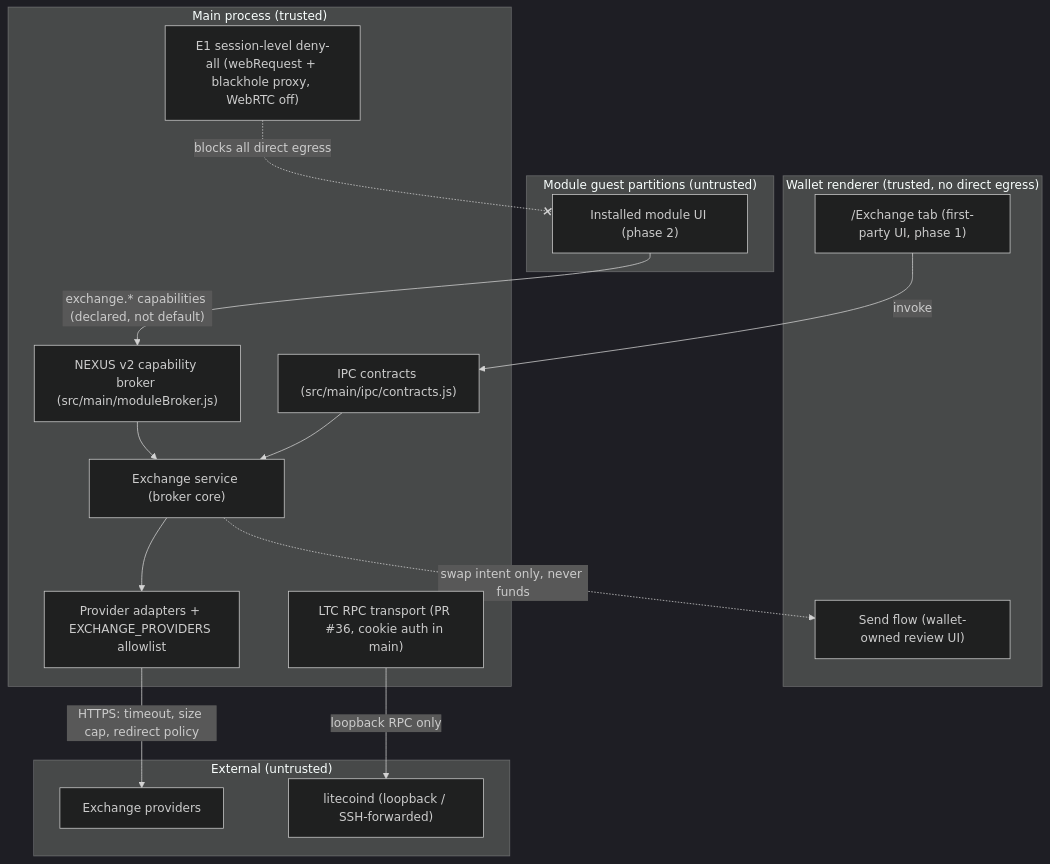
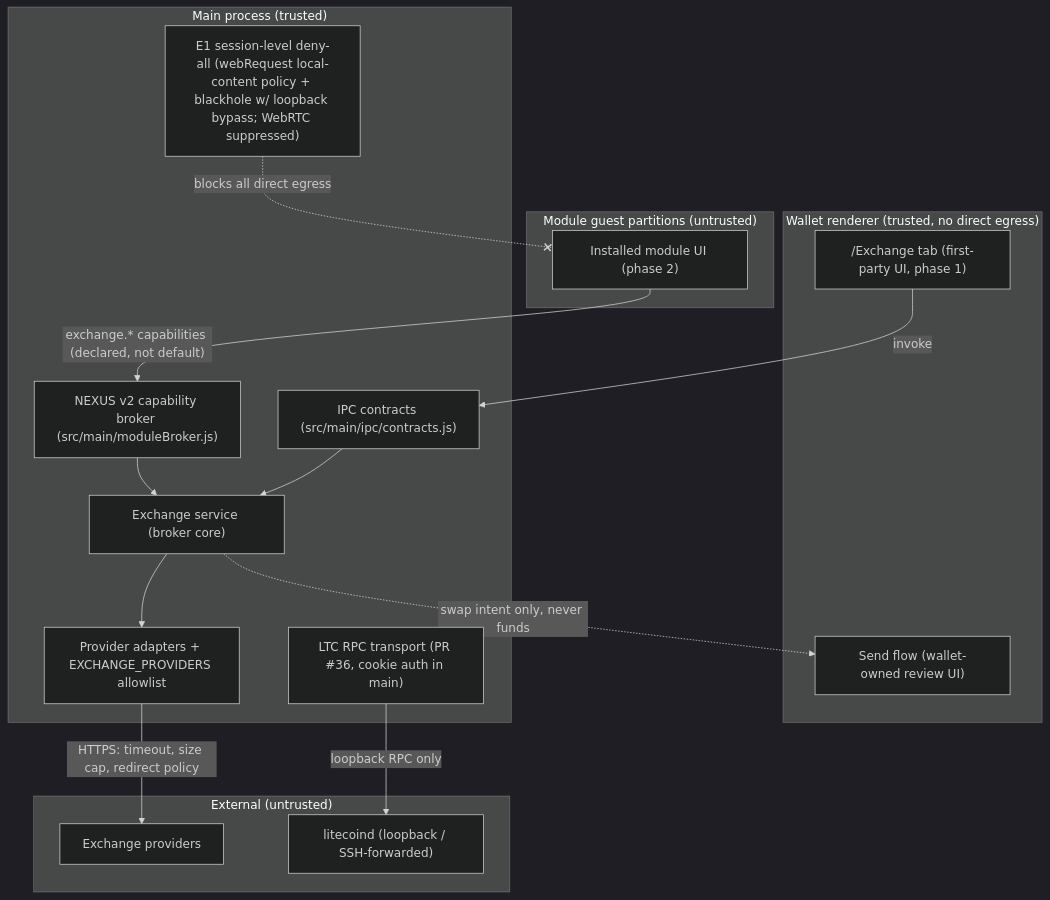
The diagram in docs/NewNexusExchange/Diagrams/trust-boundaries.md (NamecoinGithub/NexusInterface), drawn with Mermaid (dark theme) before and after one commit. The commit also changed 3 other files, not shown here.

Commit message:
Clarify E1 local-content allowlist and WebRTC mechanism-validation spike

````diff
--- a/docs/NewNexusExchange/Diagrams/trust-boundaries.md
+++ b/docs/NewNexusExchange/Diagrams/trust-boundaries.md
@@ -7,32 +7,32 @@
 ```mermaid
 flowchart TB
     subgraph renderer["Wallet renderer (trusted, no direct egress)"]
         tab["/Exchange tab (first-party UI, phase 1)"]
         send["Send flow (wallet-owned review UI)"]
     end
 
     subgraph guest["Module guest partitions (untrusted)"]
         mod["Installed module UI (phase 2)"]
     end
 
     subgraph main["Main process (trusted)"]
         ipc["IPC contracts (src/main/ipc/contracts.js)"]
         v2["NEXUS v2 capability broker (src/main/moduleBroker.js)"]
         ex["Exchange service (broker core)"]
         ad["Provider adapters + EXCHANGE_PROVIDERS allowlist"]
         ltc["LTC RPC transport (PR #36, cookie auth in main)"]
-        e1["E1 session-level deny-all (webRequest + blackhole proxy, WebRTC off)"]
+        e1["E1 session-level deny-all (webRequest local-content policy + blackhole w/ loopback bypass; WebRTC suppressed)"]
     end
 
     subgraph external["External (untrusted)"]
         prov["Exchange providers"]
         node["litecoind (loopback / SSH-forwarded)"]
     end
 
     tab -->|"invoke"| ipc --> ex
     mod -->|"exchange.* capabilities (declared, not default)"| v2 --> ex
     ex --> ad -->|"HTTPS: timeout, size cap, redirect policy"| prov
     ex -.->|"swap intent only, never funds"| send
     main --- ltc -->|"loopback RPC only"| node
     e1 -. "blocks all direct egress" .-x mod
 ```
````
